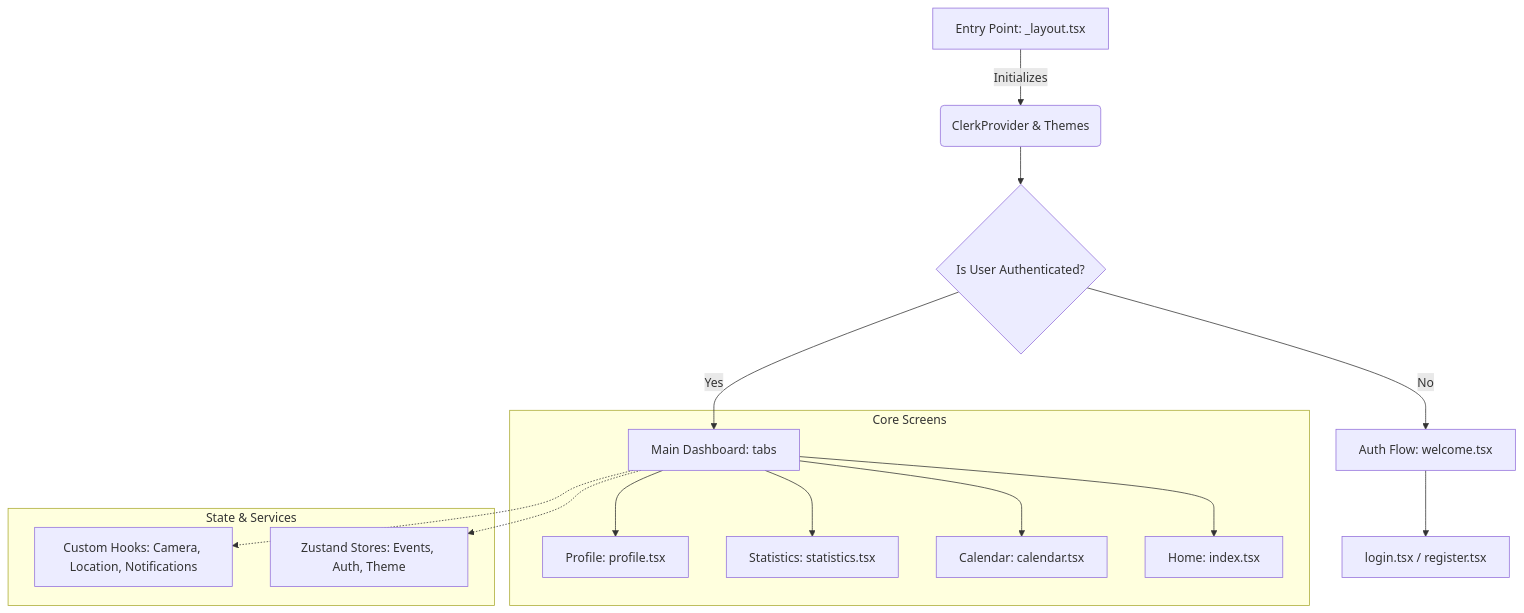
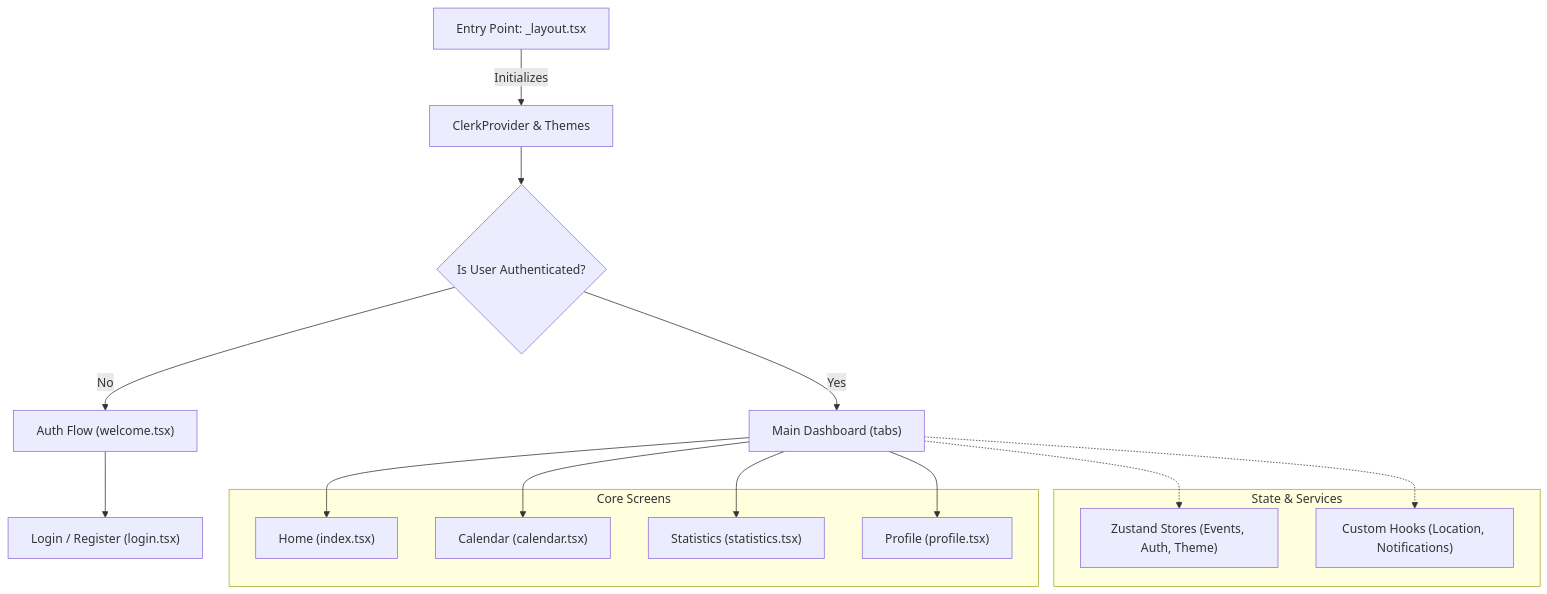
Before and after one commit to priyabratasahoo780/EventFlow: the second of 3 diagrams in README.md, drawn with Mermaid. The commit also changed other lines of this file, not shown here.

Commit message:
docs: fix mermaid diagram syntax for GitHub renderer compatibility

````diff
--- a/README.md
+++ b/README.md
@@ -98,23 +98,28 @@
 ```mermaid
 flowchart TD
-    A[Entry Point: _layout.tsx] -->|Initializes| B(ClerkProvider & Themes)
-    B --> C{Is User Authenticated?}
-    C -->|No| D[Auth Flow: welcome.tsx]
-    D --> E[login.tsx / register.tsx]
-    C -->|Yes| F[Main Dashboard: tabs]
+    A["Entry Point: _layout.tsx"] -->|"Initializes"| B["ClerkProvider & Themes"]
+    B --> C{"Is User Authenticated?"}
+    C -->|"No"| D["Auth Flow (welcome.tsx)"]
+    D --> E["Login / Register (login.tsx)"]
+    C -->|"Yes"| F["Main Dashboard (tabs)"]
     
-    subgraph "Core Screens"
-    F --> G[Home: index.tsx]
-    F --> H[Calendar: calendar.tsx]
-    F --> I[Statistics: statistics.tsx]
-    F --> J[Profile: profile.tsx]
+    subgraph CoreScreens["Core Screens"]
+        G["Home (index.tsx)"]
+        H["Calendar (calendar.tsx)"]
+        I["Statistics (statistics.tsx)"]
+        J["Profile (profile.tsx)"]
     end
     
-    subgraph "State & Services"
-    K[Zustand Stores: Events, Auth, Theme]
-    L[Custom Hooks: Camera, Location, Notifications]
+    subgraph StateServices["State & Services"]
+        K["Zustand Stores (Events, Auth, Theme)"]
+        L["Custom Hooks (Location, Notifications)"]
     end
+
+    F --> G
+    F --> H
+    F --> I
+    F --> J
     
     F -.-> K
     F -.-> L
 ```
````
